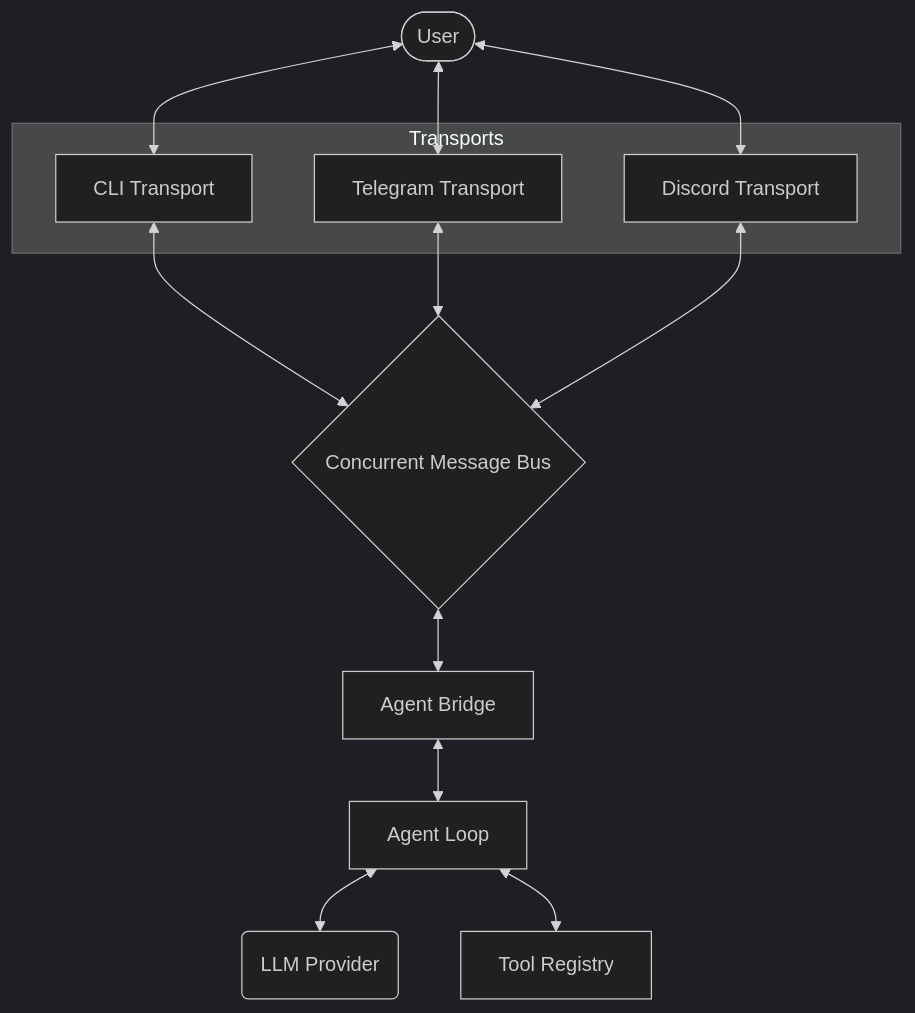
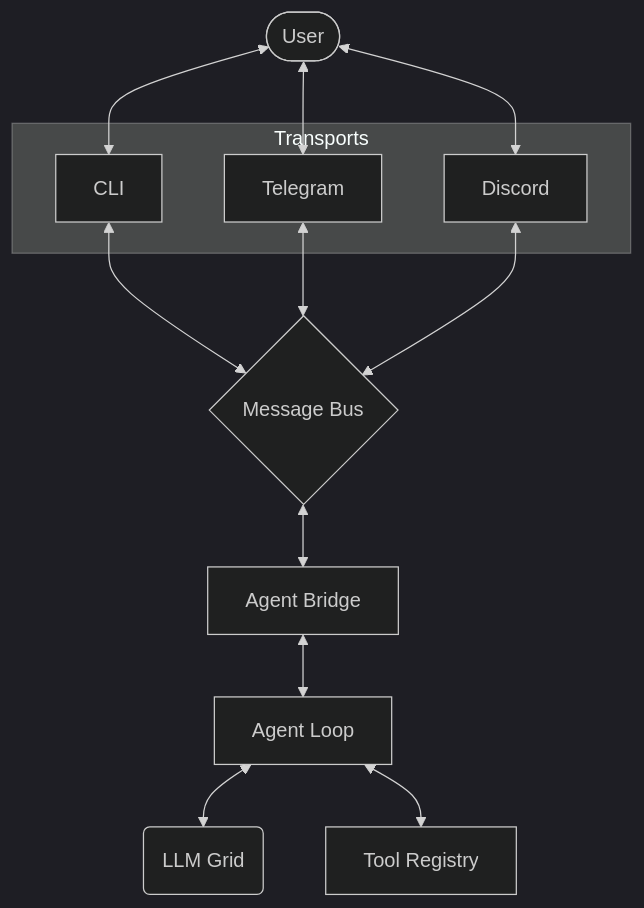
One commit to max-de-bug/ZoidClaw changed the diagram in README.md. Above: the diagram before and after it, drawn with Mermaid (dark theme). The commit also changed other lines of this file, not shown here.

````diff
--- a/README.md
+++ b/README.md
@@ -36,27 +37,27 @@
 ```mermaid
 graph TD
     User([User])
     subgraph "Transports"
-        CLI[CLI Transport]
-        TG[Telegram Transport]
-        DC[Discord Transport]
+        CLI[CLI]
+        TG[Telegram]
+        DC[Discord]
     end
-    Bus{Concurrent Message Bus}
+    Bus{Message Bus}
     Bridge[Agent Bridge]
     Loop[Agent Loop]
-    LLM(LLM Provider)
+    LLM(LLM Grid)
     Tools[Tool Registry]
 
     User <--> CLI
     User <--> TG
     User <--> DC
     
     CLI <--> Bus
     TG <--> Bus
     DC <--> Bus
     
     Bus <--> Bridge
     Bridge <--> Loop
     Loop <--> LLM
     Loop <--> Tools
 ```
````
